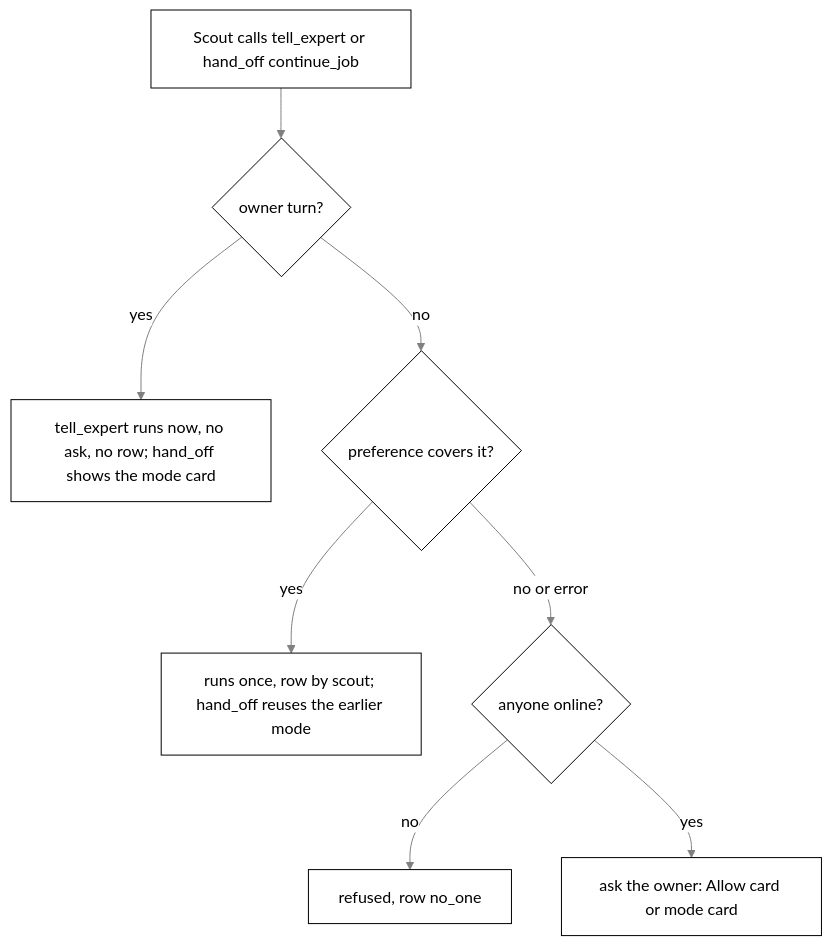
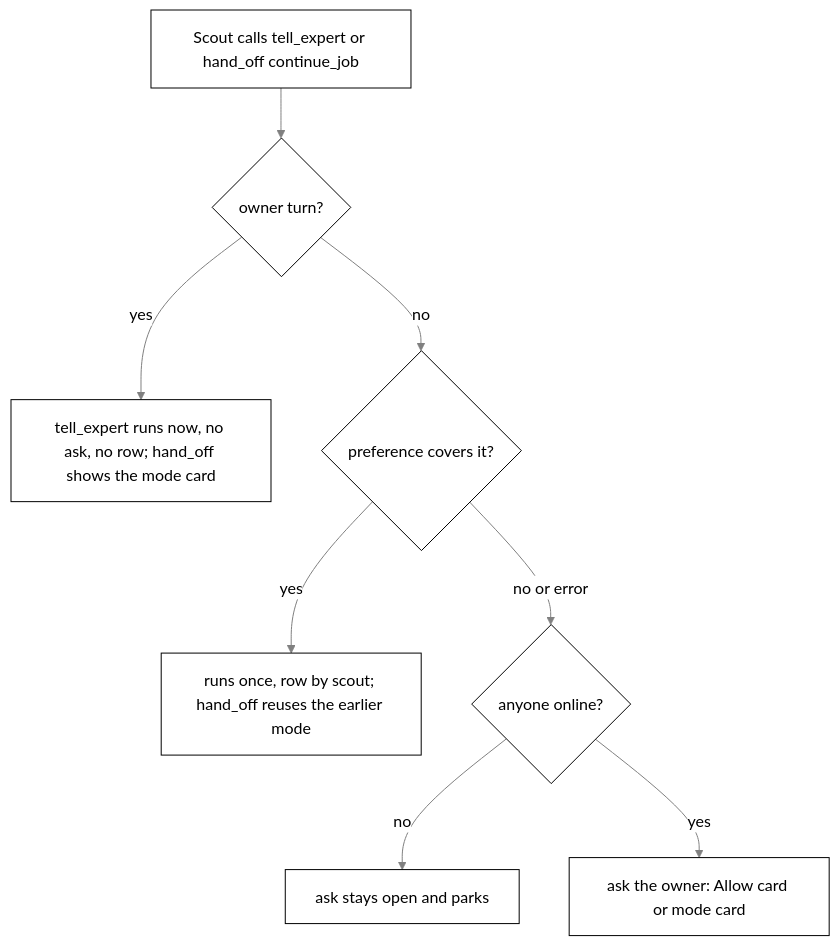
Before and after one commit to nadeem4/tagalong: the fifth of 13 diagrams in docs/brain.md, drawn with Mermaid. The commit also changed other lines of this file and 4 other files, not shown here.

````diff
--- a/docs/brain.md
+++ b/docs/brain.md
@@ -548,11 +550,11 @@
 ```mermaid
 %%{init: {"theme": "base", "themeVariables": {"primaryColor": "#ffffff", "primaryTextColor": "#000000", "primaryBorderColor": "#000000", "lineColor": "#808080", "arrowheadColor": "#808080", "secondaryColor": "#f2f2f2", "tertiaryColor": "#ffffff", "clusterBkg": "#f7f7f7", "clusterBorder": "#808080", "edgeLabelBackground": "#ffffff", "titleColor": "#808080", "actorBkg": "#ffffff", "actorBorder": "#000000", "actorTextColor": "#000000", "actorLineColor": "#808080", "signalColor": "#808080", "signalTextColor": "#808080", "sequenceNumberColor": "#ffffff", "labelBoxBkgColor": "#ffffff", "labelBoxBorderColor": "#808080", "labelTextColor": "#000000", "loopTextColor": "#808080", "noteBkgColor": "#f7f7f7", "noteBorderColor": "#808080", "noteTextColor": "#000000", "activationBkgColor": "#f7f7f7", "activationBorderColor": "#808080", "fontFamily": "Segoe UI, Helvetica, Arial, sans-serif"}}}%%
 flowchart TD
   A[Scout calls tell_expert or hand_off continue_job] --> B{owner turn?}
   B -- yes --> C[tell_expert runs now, no ask, no row; hand_off shows the mode card]
   B -- no --> F{preference covers it?}
   F -- yes --> G[runs once, row by scout; hand_off reuses the earlier mode]
   F -- no or error --> D{anyone online?}
-  D -- no --> E[refused, row no_one]
+  D -- no --> E[ask stays open and parks]
   D -- yes --> H[ask the owner: Allow card or mode card]
 ```
````
